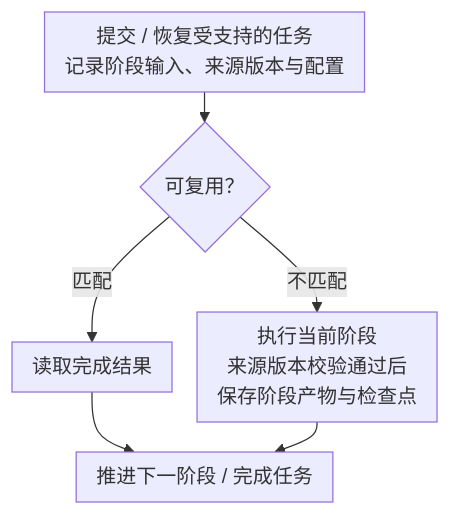
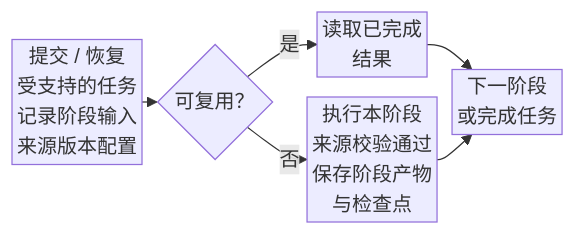
Before and after one commit to GTJasonMK/A4N: diagram 18 of 18 in README.md, drawn with Mermaid. The commit also changed other lines of this file and 2 other files, not shown here.

````diff
--- a/README.md
+++ b/README.md
@@ -397,14 +404,14 @@
 ```mermaid
 ---
 config:
-  flowchart: { nodeSpacing: 20, rankSpacing: 24, padding: 8, wrappingWidth: 240 }
+  flowchart: { nodeSpacing: 16, rankSpacing: 12, padding: 2, wrappingWidth: 96 }
 ---
-flowchart TB
+flowchart LR
   accTitle: 长任务的检查点恢复和来源版本保护
   accDescr: 对支持恢复的工作流逐阶段检查输入身份；匹配的完成结果可复用，否则执行当前阶段。成功后经过该阶段写入校验，保存阶段结果并推进或完成；失败及取消保留明确状态。不是先完成所有阶段才统一写入。
-  request["提交 / 恢复受支持的任务<br/>记录阶段输入、来源版本与配置"] --> checkpoint{"可复用？"}
-  checkpoint -->|匹配| reuse["读取完成结果"]
-  checkpoint -->|不匹配| run["执行当前阶段<br/>来源版本校验通过后<br/>保存阶段产物与检查点"]
-  reuse --> next["推进下一阶段 / 完成任务"]
+  request["提交 / 恢复<br/>受支持的任务<br/>记录阶段输入<br/>来源版本配置"] --> checkpoint{"可复用？"}
+  checkpoint -->|是| reuse["读取已完成<br/>结果"]
+  checkpoint -->|否| run["执行本阶段<br/>来源校验通过<br/>保存阶段产物<br/>与检查点"]
+  reuse --> next["下一阶段<br/>或完成任务"]
   run --> next
 ```
````
